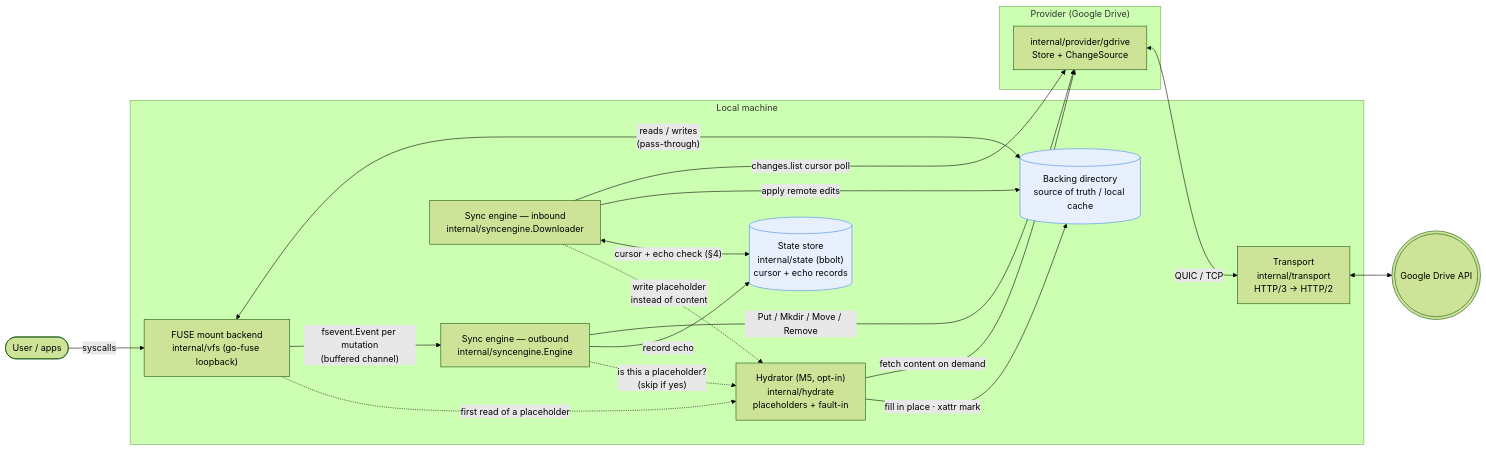
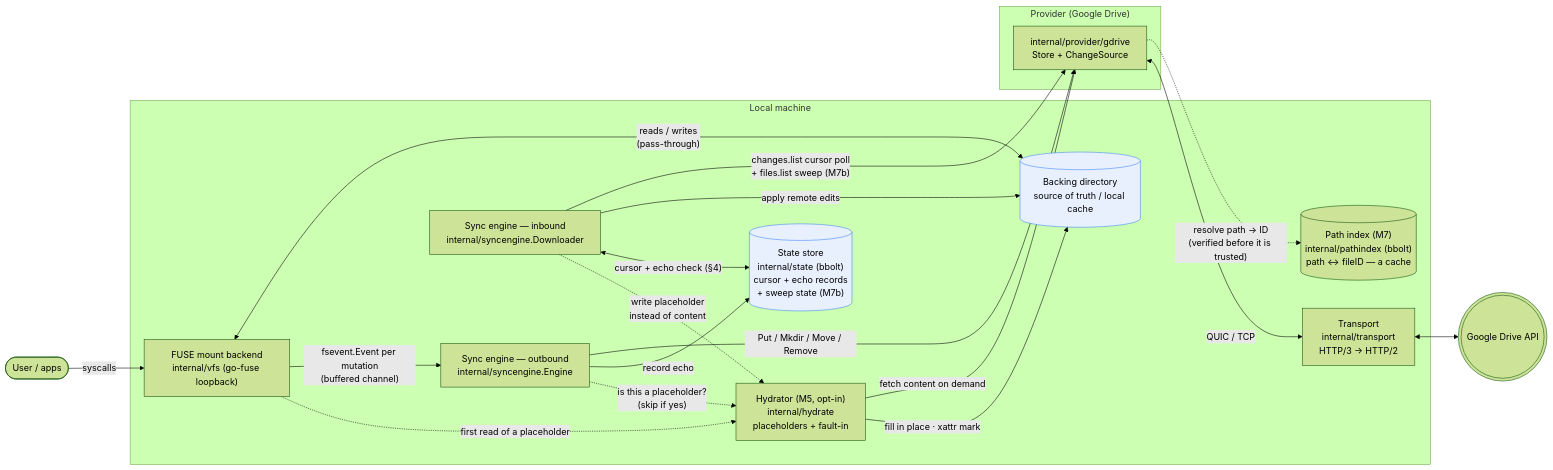
The first of 2 diagrams in docs/architecture.md (syshlted/drivel), drawn with Mermaid (forest theme) before and after one commit. The commit also changed other lines of this file and 25 other files, not shown here.

First line of the commit message:
Resolve paths without asking Drive twice, and reconcile what was already there (M7, M7b)

````diff
--- a/docs/architecture.md
+++ b/docs/architecture.md
@@ -13,40 +13,43 @@
 ```mermaid
 flowchart LR
     user([User / apps]) -->|syscalls| fuse
 
     subgraph host["Local machine"]
         fuse["FUSE mount backend<br/>internal/vfs (go-fuse loopback)"]
         backing[("Backing directory<br/>source of truth / local cache")]
         engine["Sync engine — outbound<br/>internal/syncengine.Engine"]
         downloader["Sync engine — inbound<br/>internal/syncengine.Downloader"]
-        state[("State store<br/>internal/state (bbolt)<br/>cursor + echo records")]
+        state[("State store<br/>internal/state (bbolt)<br/>cursor + echo records<br/>+ sweep state (M7b)")]
         hydrate["Hydrator (M5, opt-in)<br/>internal/hydrate<br/>placeholders + fault-in"]
         transport["Transport<br/>internal/transport<br/>HTTP/3 → HTTP/2"]
+        index[("Path index (M7)<br/>internal/pathindex (bbolt)<br/>path ↔ fileID — a cache")]
     end
 
     subgraph cloud["Provider (Google Drive)"]
         drive["internal/provider/gdrive<br/>Store + ChangeSource"]
     end
+
+    drive -.->|"resolve path → ID<br/>(verified before it is trusted)"| index
 
     fuse <-->|"reads / writes<br/>(pass-through)"| backing
     fuse -->|"fsevent.Event per mutation<br/>(buffered channel)"| engine
     fuse -.->|"first read of a placeholder"| hydrate
 
     engine -->|"Put / Mkdir / Move / Remove"| drive
     engine -->|"record echo"| state
     engine -.->|"is this a placeholder?<br/>(skip if yes)"| hydrate
 
-    downloader -->|"changes.list cursor poll"| drive
+    downloader -->|"changes.list cursor poll<br/>+ files.list sweep (M7b)"| drive
     downloader -->|"apply remote edits"| backing
     downloader <-->|"cursor + echo check (§4)"| state
     downloader -.->|"write placeholder<br/>instead of content"| hydrate
 
     hydrate -->|"fetch content on demand"| drive
     hydrate -->|"fill in place · xattr mark"| backing
 
     drive <-->|QUIC / TCP| transport
     transport <--> internet(((Google Drive API)))
 
     classDef store fill:#e8f0fe,stroke:#4285f4;
     class backing,state store;
 ```
````
